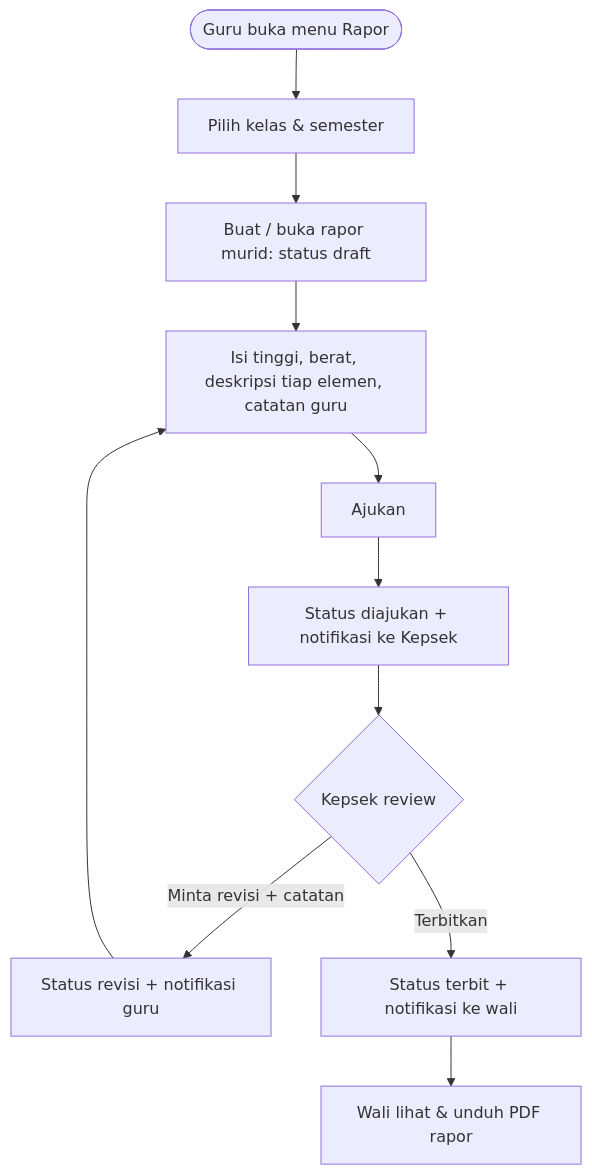
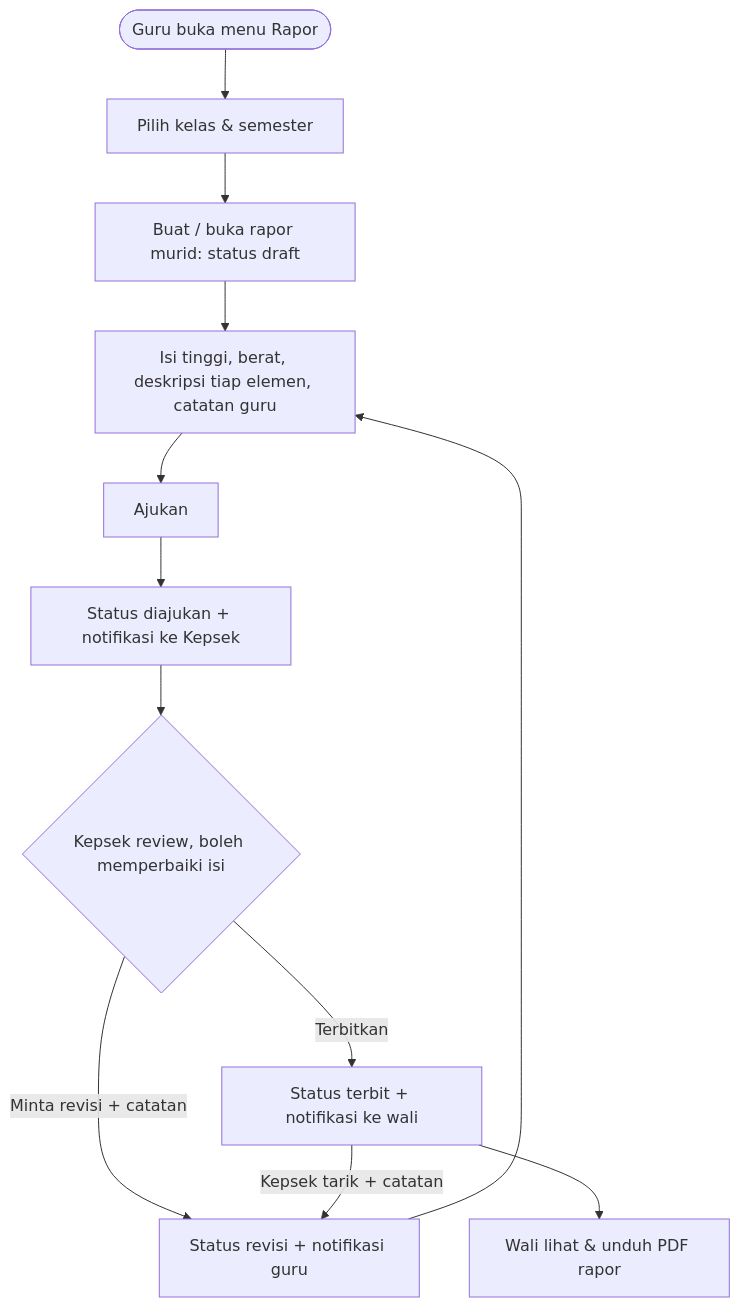
The fourth of 5 diagrams in PROMPT_FE_TK.md (Keyanffz/TK_TA8_FE), drawn with Mermaid before and after one commit. The commit also changed other lines of this file, not shown here.

````diff
--- a/PROMPT_FE_TK.md
+++ b/PROMPT_FE_TK.md
@@ -343,13 +345,14 @@
 ```mermaid
 flowchart TD
     A([Guru buka menu Rapor]) --> B[Pilih kelas & semester]
     B --> C[Buat / buka rapor murid: status draft]
     C --> D[Isi tinggi, berat, deskripsi tiap elemen, catatan guru]
     D --> E[Ajukan]
     E --> F[Status diajukan + notifikasi ke Kepsek]
-    F --> G{Kepsek review}
+    F --> G{Kepsek review, boleh memperbaiki isi}
     G -->|Minta revisi + catatan| H[Status revisi + notifikasi guru]
     H --> D
     G -->|Terbitkan| I[Status terbit + notifikasi ke wali]
     I --> J[Wali lihat & unduh PDF rapor]
+    I -->|Kepsek tarik + catatan| H
 ```
````
